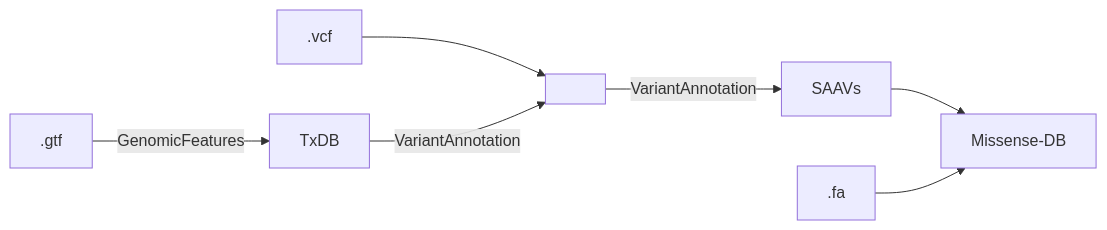
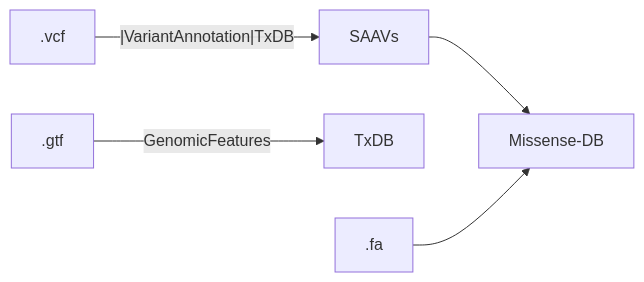
The diagram in README.md (hdesai17/chemoproteogenomics), drawn with Mermaid before and after one commit.

````diff
--- a/README.md
+++ b/README.md
@@ -19,10 +19,8 @@
 ```mermaid
 flowchart LR;
-   .vcf-->D[ ]:::empty
-   D[ ]:::empty-->|VariantAnnotation|SAAVs;
-   TxDB -->|VariantAnnotation|D[ ]:::empty;
+   .vcf--|VariantAnnotation|TxDB-->SAAVs;
    .gtf-->|GenomicFeatures|TxDB;
    SAAVs-->Missense-DB;
    .fa-->Missense-DB;
    classDef empty width:-1px,height:-1px;
 ```
````
